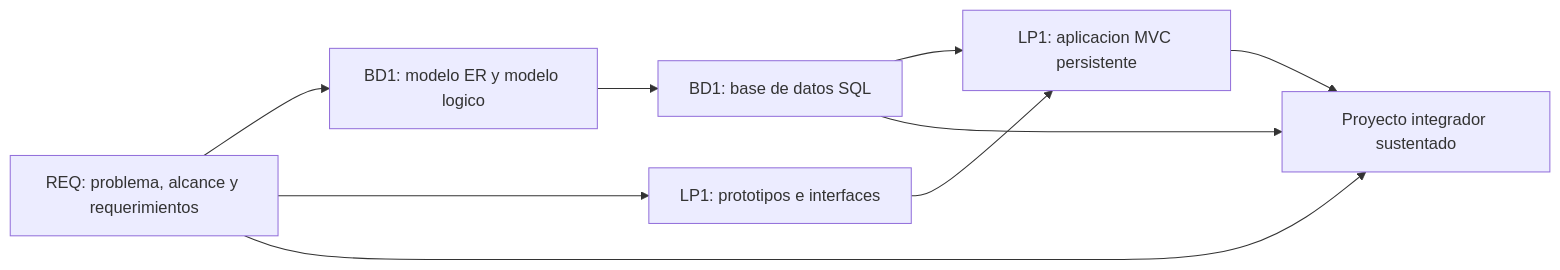
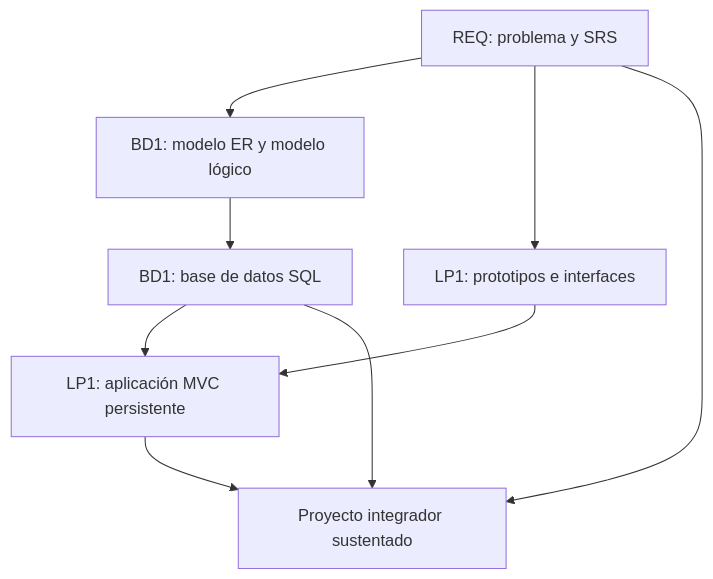
The diagram in docs/proyecto-integrador/index.md (262ciclo3/bomstart), drawn with Mermaid before and after one commit. The commit also changed other lines of this file, not shown here.

````diff
--- a/docs/proyecto-integrador/index.md
+++ b/docs/proyecto-integrador/index.md
@@ -106,11 +35,11 @@
 ```mermaid
-flowchart LR
-    A[REQ: problema, alcance y requerimientos] --> B[BD1: modelo ER y modelo logico]
+flowchart TB
+    A[REQ: problema y SRS] --> B[BD1: modelo ER y modelo lógico]
     B --> C[BD1: base de datos SQL]
     A --> D[LP1: prototipos e interfaces]
-    C --> E[LP1: aplicacion MVC persistente]
+    C --> E[LP1: aplicación MVC persistente]
     D --> E
     E --> F[Proyecto integrador sustentado]
     A --> F
     C --> F
 ```
````
